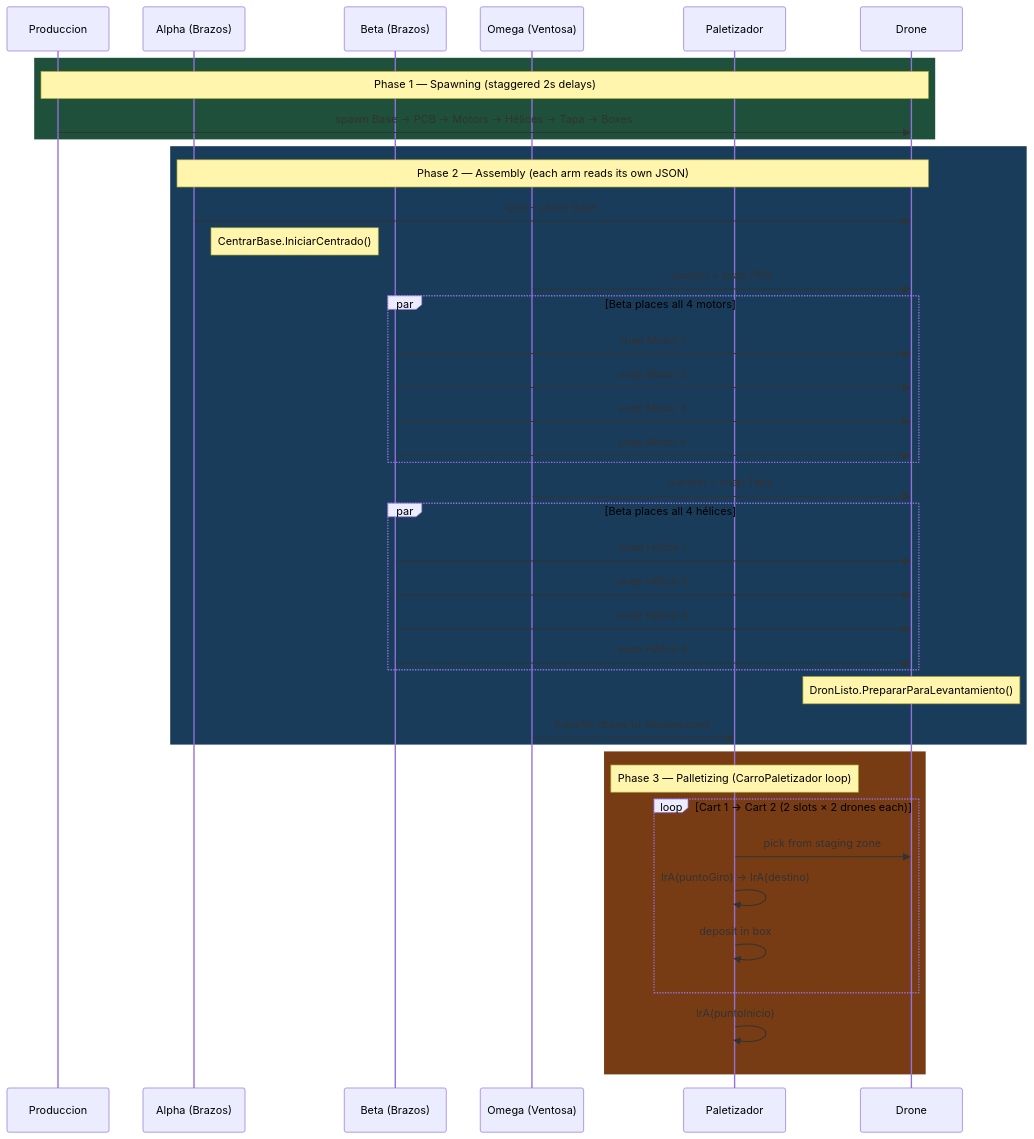
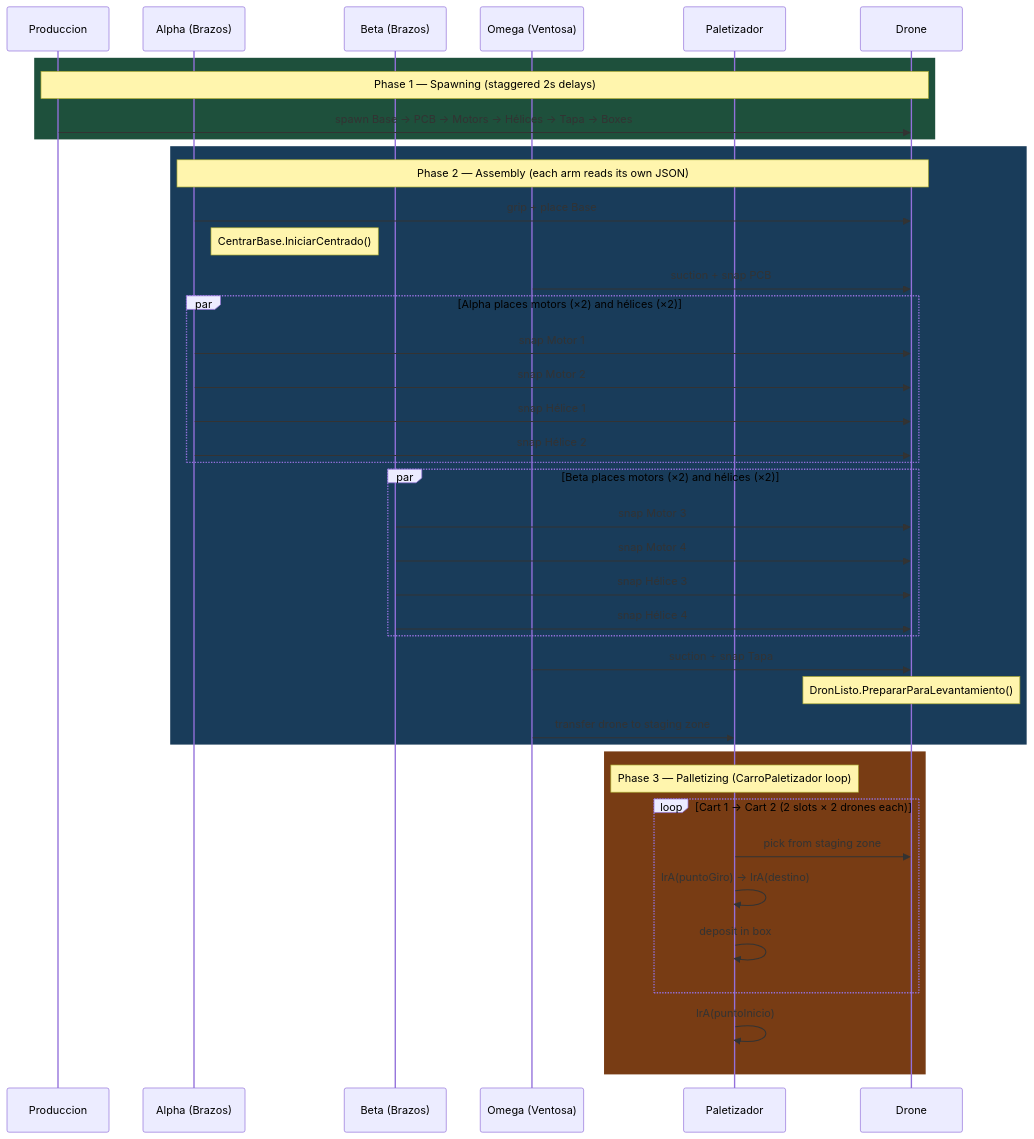
The second of 6 diagrams in README.md (jorgefajardom-coder/drone-packaging-simulation-unity), drawn with Mermaid before and after one commit. The commit also changed other lines of this file, not shown here.

````diff
--- a/README.md
+++ b/README.md
@@ -158,50 +158,50 @@
 ```mermaid
 sequenceDiagram
     participant P as Produccion
     participant A as Alpha (Brazos)
     participant B as Beta (Brazos)
     participant W as Omega (Ventosa)
     participant PAL as Paletizador
     participant D as Drone
 
     rect rgb(30, 80, 60)
         Note over P,D: Phase 1 — Spawning (staggered 2s delays)
         P->>D: spawn Base → PCB → Motors → Hélices → Tapa → Boxes
     end
 
     rect rgb(25, 60, 90)
         Note over A,D: Phase 2 — Assembly (each arm reads its own JSON)
         A->>D: grip + place Base
         Note right of A: CentrarBase.IniciarCentrado()
         W->>D: suction + snap PCB
 
-        par Beta places all 4 motors
-            B->>D: snap Motor 1
-            B->>D: snap Motor 2
+        par Alpha places motors (×2) and hélices (×2)
+            A->>D: snap Motor 1
+            A->>D: snap Motor 2
+            A->>D: snap Hélice 1
+            A->>D: snap Hélice 2
+        end
+
+        par Beta places motors (×2) and hélices (×2)
             B->>D: snap Motor 3
             B->>D: snap Motor 4
+            B->>D: snap Hélice 3
+            B->>D: snap Hélice 4
         end
 
         W->>D: suction + snap Tapa
-
-        par Beta places all 4 hélices
-            B->>D: snap Hélice 1
-            B->>D: snap Hélice 2
-            B->>D: snap Hélice 3
-            B->>D: snap Hélice 4
-        end
 
         Note over D: DronListo.PrepararParaLevantamiento()
         W->>PAL: transfer drone to staging zone
     end
 
     rect rgb(120, 60, 20)
         Note over PAL: Phase 3 — Palletizing (CarroPaletizador loop)
         loop Cart 1 → Cart 2 (2 slots × 2 drones each)
             PAL->>D: pick from staging zone
             PAL->>PAL: IrA(puntoGiro) → IrA(destino)
             PAL->>PAL: deposit in box
         end
         PAL->>PAL: IrA(puntoInicio)
     end
 ```
````
